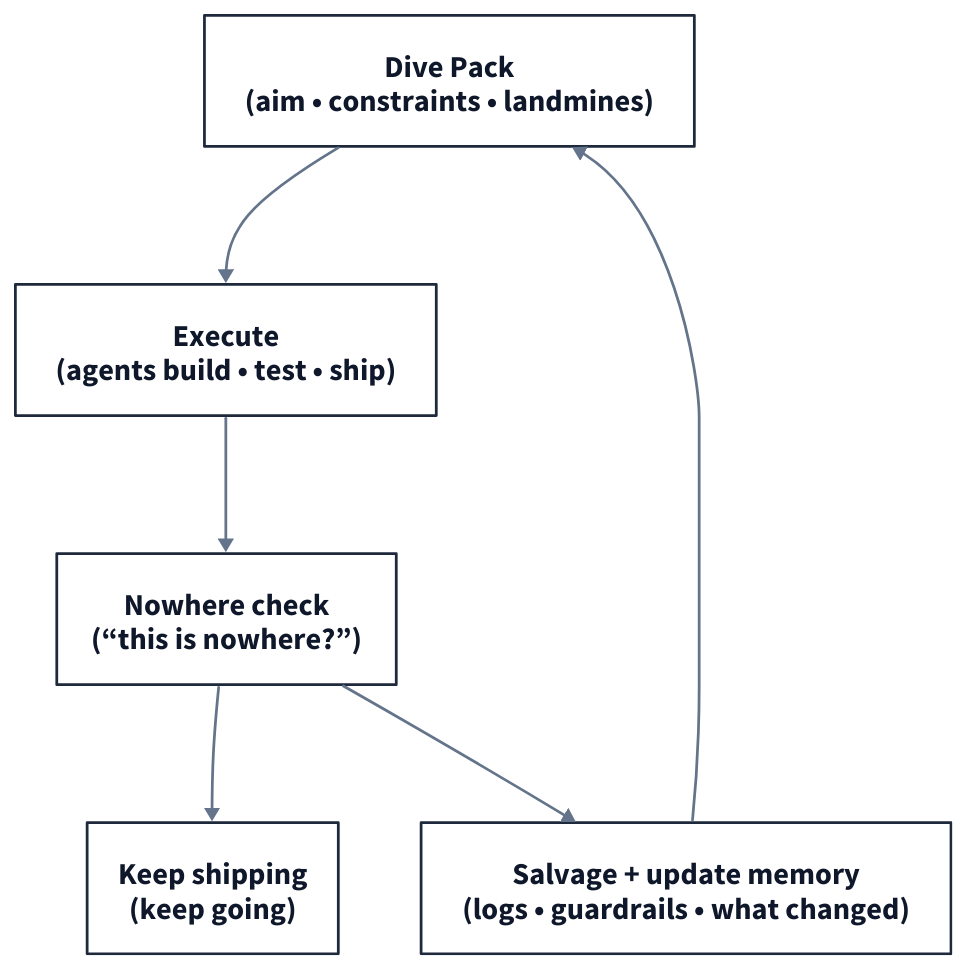
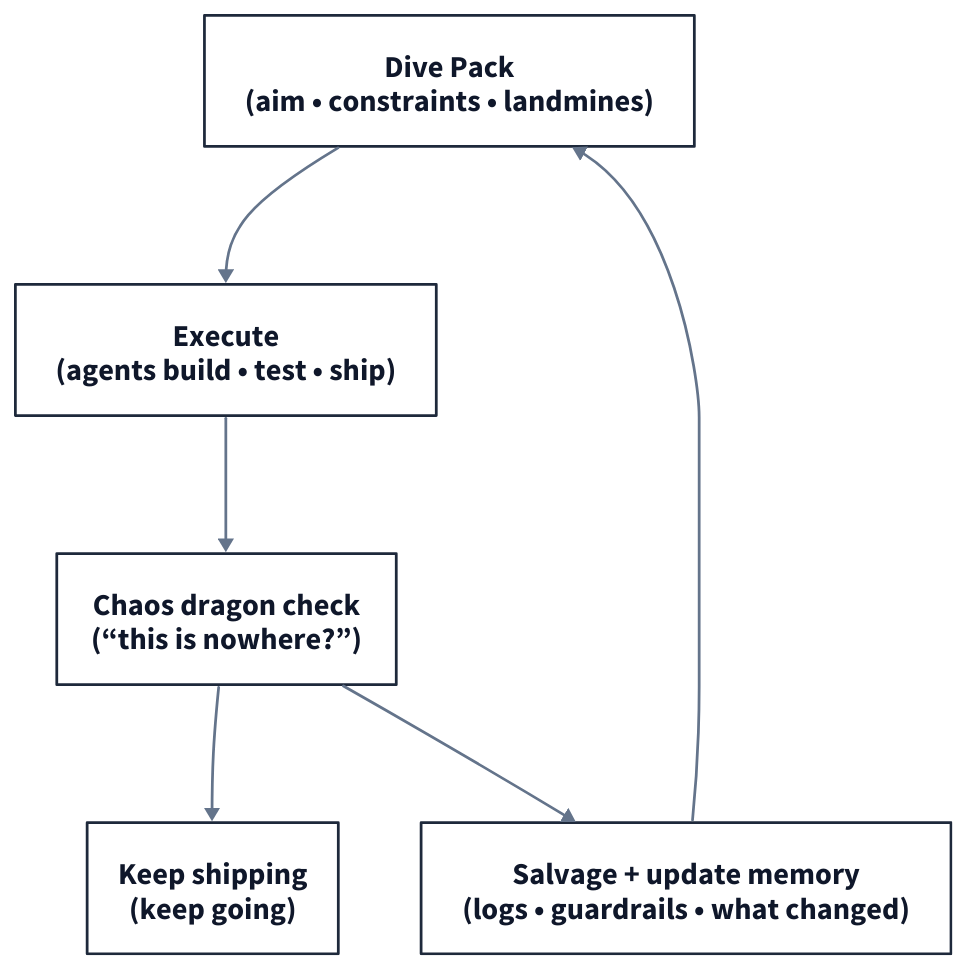
Before and after one commit to muness/muness.github.io: the diagram in viz/taming-chaos-dragon-loop.d2, drawn with D2. The commit also changed 6 other files, not shown here.

Commit message:
Use 'chaos dragon' instead of 'nowhere check'

```diff
--- a/viz/taming-chaos-dragon-loop.d2
+++ b/viz/taming-chaos-dragon-loop.d2
@@ -1,67 +1,67 @@
 direction: down
 
 vars: {
   stroke: "#1E293B"
   accent: "#64748B"
   text: "#0F172A"
 }
 
 classes: {
   box: {
     style: {
       stroke: ${stroke}
       stroke-width: 2
       font-color: ${text}
       font-size: 22
       bold: true
       fill: "#FFFFFF"
     }
   }
   edge: {
     style: {
       stroke: ${accent}
       stroke-width: 2
       font-color: ${accent}
       font-size: 16
       bold: false
     }
   }
 }
 
 dive_pack: {
   class: box
   label: "Dive Pack\n(aim • constraints • landmines)"
 }
 
 execute: {
   class: box
   label: "Execute\n(agents build • test • ship)"
 }
 
 drift_check: {
   class: box
-  label: "Nowhere check\n(“this is nowhere?”)"
+  label: "Chaos dragon check\n(“this is nowhere?”)"
 }
 
 salvage: {
   class: box
   label: "Salvage + update memory\n(logs • guardrails • what changed)"
 }
 
 continue: {
   class: box
   label: "Keep shipping\n(keep going)"
 }
 
 dive_pack -> execute: {class: edge}
 execute -> drift_check: {class: edge}
 
 drift_check -> continue: {
   class: edge
 }
 
 drift_check -> salvage: {class: edge}
 
 salvage -> dive_pack: {
   class: edge
 }
```
